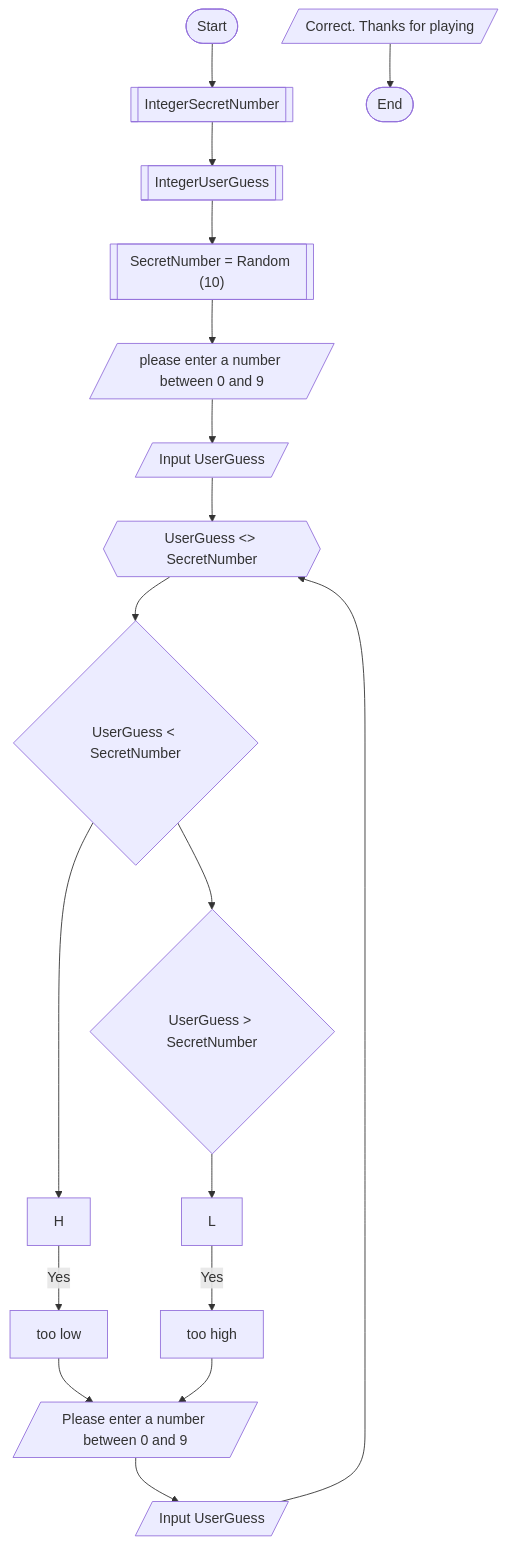
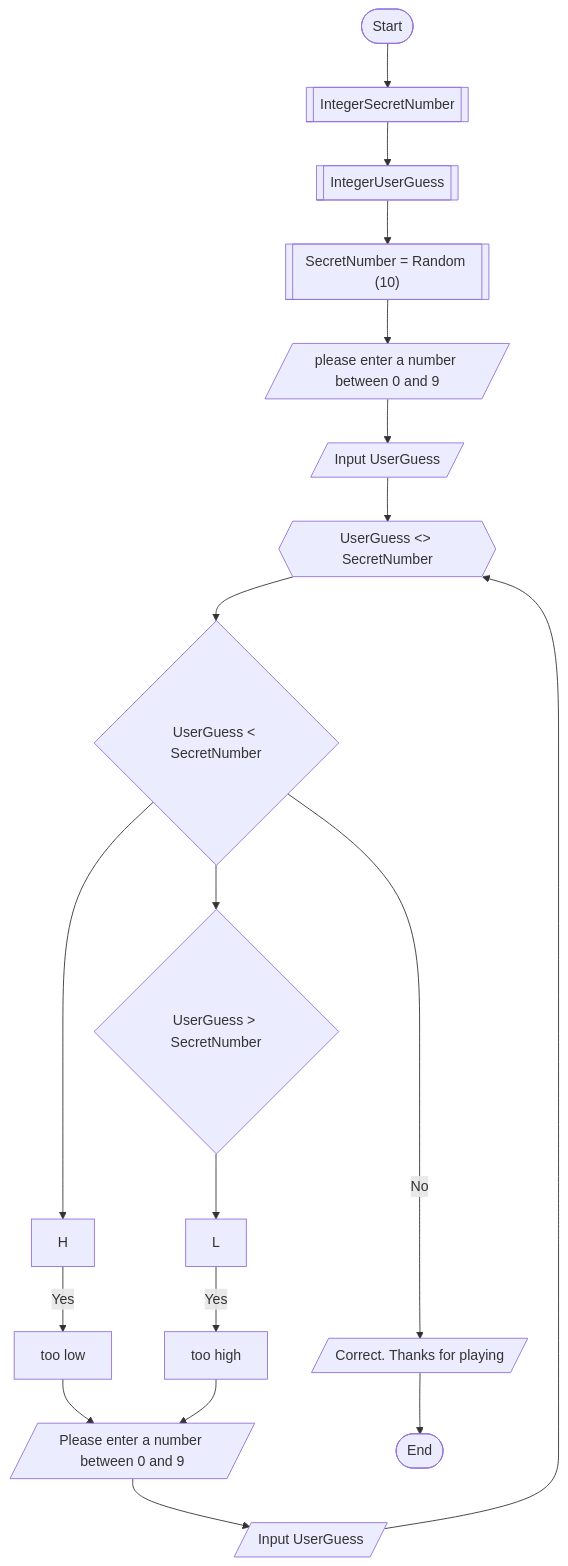
The diagram in Guessing.md (njedwards1872/njedwards1872.github.io), drawn with Mermaid before and after one commit.

````diff
--- a/Guessing.md
+++ b/Guessing.md
@@ -1,18 +1,19 @@
 ```mermaid
 flowchart TD
  Start([Start]) --> 
     A@{ shape: subproc, label: "IntegerSecretNumber" } -->
     B@{ shape: subproc, label: "IntegerUserGuess" } -->
     C@{ shape: subproc, label: "SecretNumber = Random (10)" } --> 
     D@{ shape: lean-r, label: "please enter a number between 0 and 9" } -->
     E@{ shape: lean-r, label: "Input UserGuess" } -->
     F@{ shape: hex, label: "UserGuess <> SecretNumber" } --> G{"UserGuess < SecretNumber"} -->
     H -- Yes --> I["too low"] -->N
     G{"UserGuess < SecretNumber"} -->K{"UserGuess > SecretNumber"} -->
     L -- Yes --> M["too high"] -->N
+    G ---->|No| P[End]
    
     N@{ shape: lean-r, label: "Please enter a number between 0 and 9" } --> O@{ shape: lean-r, label: "Input UserGuess" } -->F
     P@{ shape: lean-r, label: "Correct. Thanks for playing" } -->
 
  End([End])
 ```
````
